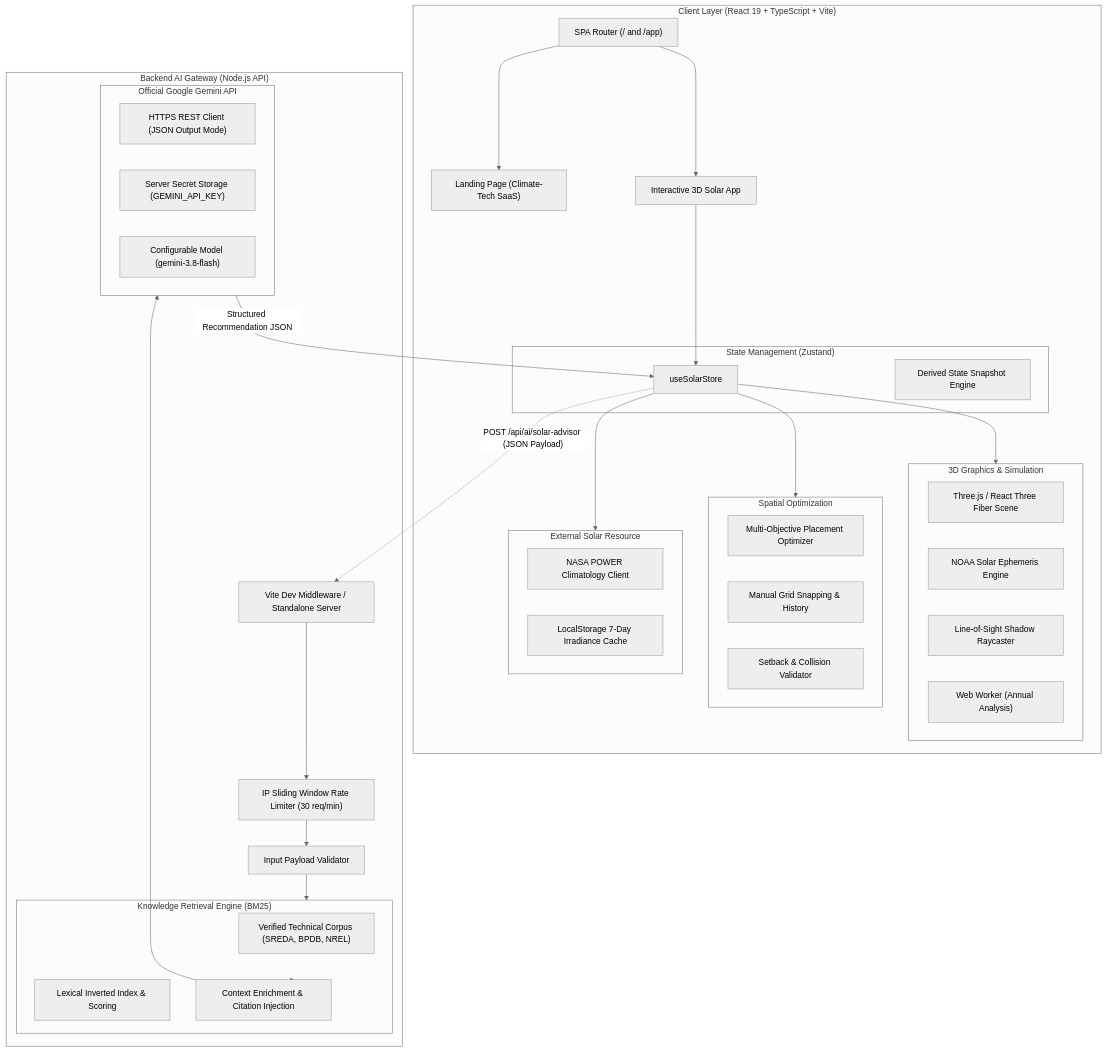
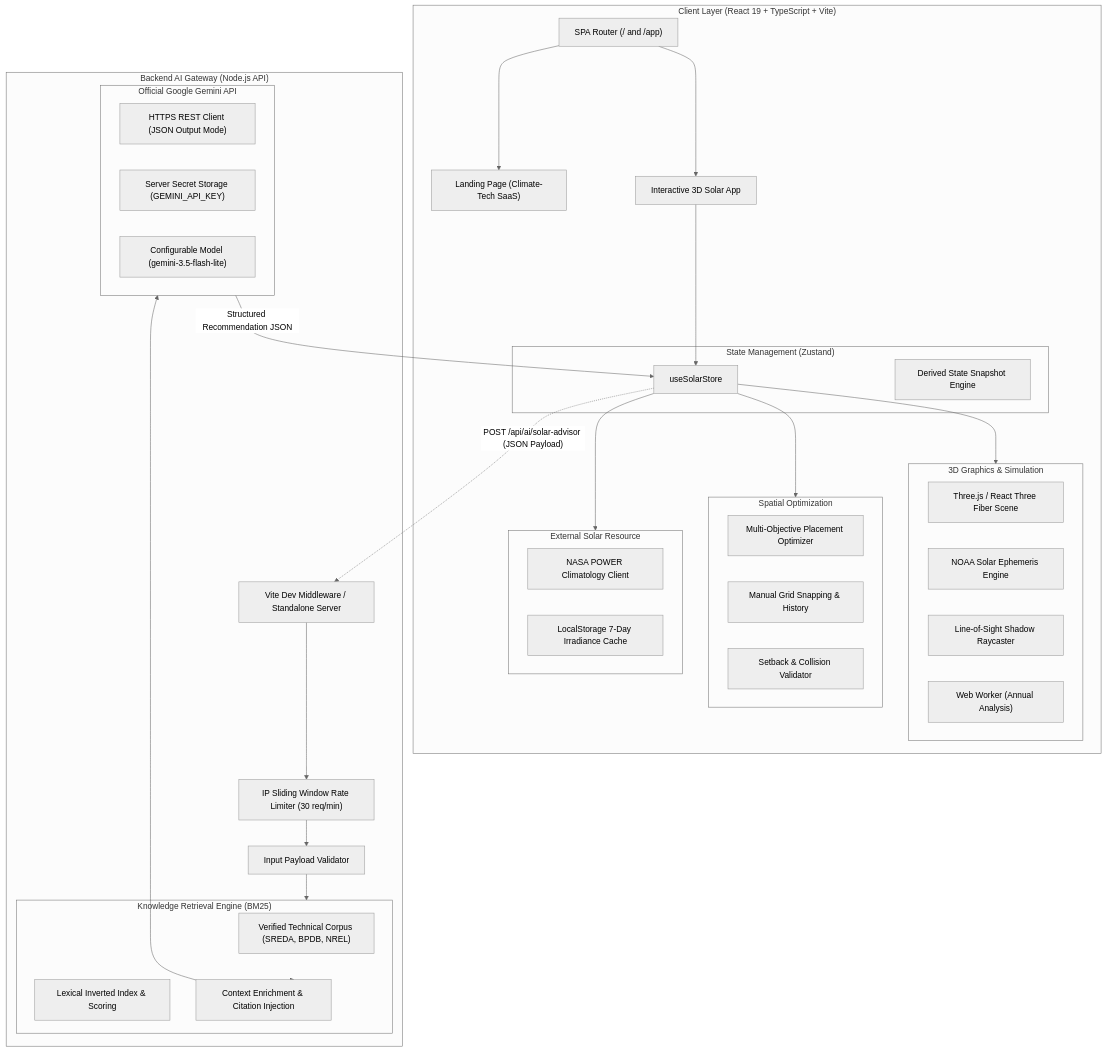
The diagram in docs/system-architecture.md (jawaid687/RoofRay), drawn with Mermaid (neutral theme) before and after one commit. The commit also changed 7 other files, not shown here.

Commit message:
fix(gemini): centralize model configuration to gemini-3.5-flash-lite, fix vite env loading & remove outdated fallback

````diff
--- a/docs/system-architecture.md
+++ b/docs/system-architecture.md
@@ -10,61 +10,61 @@
 ```mermaid
 flowchart TD
     subgraph Client ["Client Layer (React 19 + TypeScript + Vite)"]
         UI_Route["SPA Router (/ and /app)"]
         LandingPage["Landing Page (Climate-Tech SaaS)"]
         SolarApp["Interactive 3D Solar App"]
         
         subgraph StoreLayer ["State Management (Zustand)"]
             Store["useSolarStore"]
             Snapshot["Derived State Snapshot Engine"]
         end
         
         subgraph GraphicsEngine ["3D Graphics & Simulation"]
             R3F["Three.js / React Three Fiber Scene"]
             SunEngine["NOAA Solar Ephemeris Engine"]
             Raycaster["Line-of-Sight Shadow Raycaster"]
             Worker["Web Worker (Annual Analysis)"]
         end
         
         subgraph OptimizationEngine ["Spatial Optimization"]
             AutoPlacer["Multi-Objective Placement Optimizer"]
             ManualPlacer["Manual Grid Snapping & History"]
             SpatialValidator["Setback & Collision Validator"]
         end
         
         subgraph WeatherProvider ["External Solar Resource"]
             NasaClient["NASA POWER Climatology Client"]
             LocalCache["LocalStorage 7-Day Irradiance Cache"]
         end
     end
 
     subgraph BackendGateway ["Backend AI Gateway (Node.js API)"]
         ViteProxy["Vite Dev Middleware / Standalone Server"]
         RateLimiter["IP Sliding Window Rate Limiter (30 req/min)"]
         Validator["Input Payload Validator"]
         
         subgraph RAGLayer ["Knowledge Retrieval Engine (BM25)"]
             Corpus["Verified Technical Corpus (SREDA, BPDB, NREL)"]
             BM25["Lexical Inverted Index & Scoring"]
             Grounding["Context Enrichment & Citation Injection"]
         end
         
         subgraph LLMIntegration ["Official Google Gemini API"]
             GeminiClient["HTTPS REST Client (JSON Output Mode)"]
             KeyStore["Server Secret Storage (GEMINI_API_KEY)"]
-            ModelConfig["Configurable Model (gemini-3.8-flash)"]
+            ModelConfig["Configurable Model (gemini-3.5-flash-lite)"]
         end
     end
 
     UI_Route --> LandingPage
     UI_Route --> SolarApp
     SolarApp --> Store
     Store --> GraphicsEngine
     Store --> OptimizationEngine
     Store --> WeatherProvider
     Store -.->|"POST /api/ai/solar-advisor (JSON Payload)"| ViteProxy
     ViteProxy --> RateLimiter --> Validator --> RAGLayer
     RAGLayer --> Grounding
     Grounding --> LLMIntegration
     LLMIntegration -->|"Structured Recommendation JSON"| Store
 ```
````
